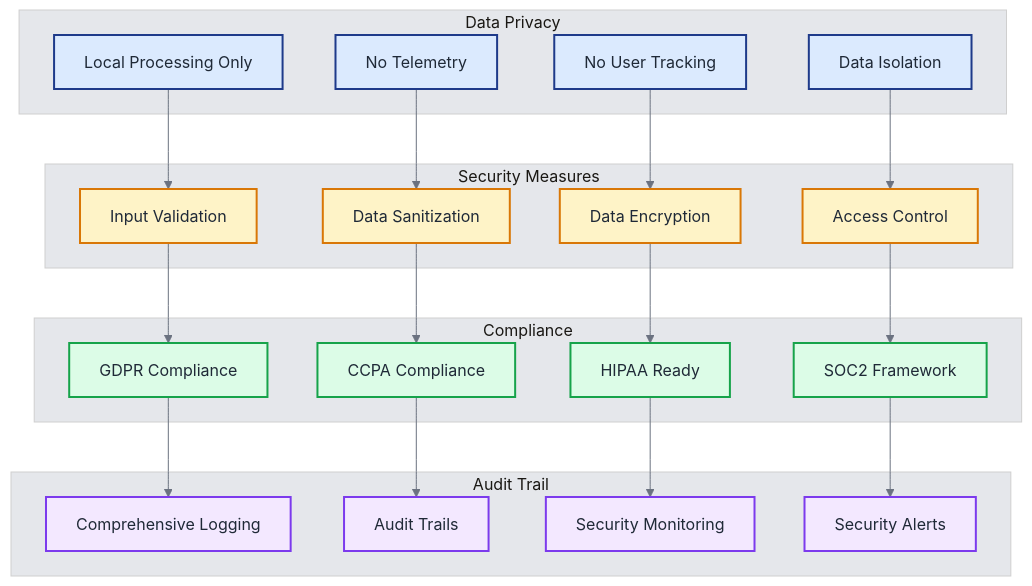
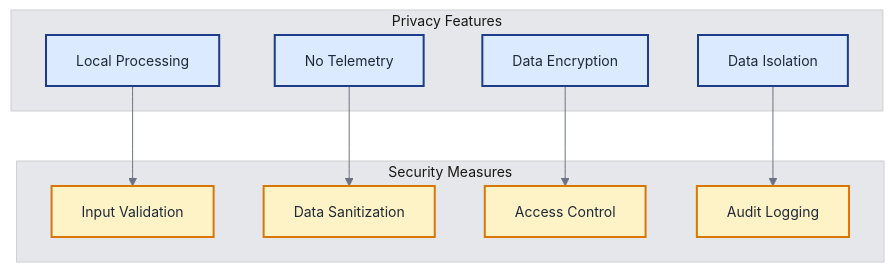
One commit to khaosans/basic-chat changed the sixth of 7 diagrams in docs/FEATURES.md. Above: the diagram before and after it, drawn with Mermaid. The commit also changed other lines of this file and 3 other files, not shown here.

Commit message:
docs: Revise technical overview and update architecture diagrams - Simplify terminology and improve clarity in diagrams - Adjust font sizes and class definitions for better readability

````diff
--- a/docs/FEATURES.md
+++ b/docs/FEATURES.md
@@ -692,56 +421,28 @@
 ```mermaid
-%%{init: {'theme': 'base', 'themeVariables': { 'fontSize': '16px', 'fontFamily': 'Arial, sans-serif', 'primaryColor': '#1e3a8a', 'primaryTextColor': '#1f2937', 'primaryBorderColor': '#374151', 'lineColor': '#6b7280', 'secondaryColor': '#f3f4f6', 'tertiaryColor': '#e5e7eb', 'edgeLabelBackground': '#f9fafb'}}}%%
+%%{init: {'theme': 'base', 'themeVariables': { 'fontSize': '14px', 'fontFamily': 'Arial, sans-serif', 'primaryColor': '#1e3a8a', 'primaryTextColor': '#1f2937', 'primaryBorderColor': '#374151', 'lineColor': '#6b7280', 'secondaryColor': '#f3f4f6', 'tertiaryColor': '#e5e7eb'}}}%%
 graph TB
-    subgraph "Data Privacy"
-        LOCAL_PROCESSING[Local Processing Only]
+    subgraph "Privacy Features"
+        LOCAL[Local Processing]
         NO_TELEMETRY[No Telemetry]
-        NO_TRACKING[No User Tracking]
-        DATA_ISOLATION[Data Isolation]
+        ENCRYPTION[Data Encryption]
+        ISOLATION[Data Isolation]
     end
     
     subgraph "Security Measures"
-        INPUT_VALIDATION[Input Validation]
+        VALIDATION[Input Validation]
         SANITIZATION[Data Sanitization]
-        ENCRYPTION[Data Encryption]
-        ACCESS_CONTROL[Access Control]
+        ACCESS[Access Control]
+        AUDIT[Audit Logging]
     end
     
-    subgraph "Compliance"
-        GDPR[GDPR Compliance]
-        CCPA[CCPA Compliance]
-        HIPAA[HIPAA Ready]
-        SOC2[SOC2 Framework]
-    end
-    
-    subgraph "Audit Trail"
-        LOGGING[Comprehensive Logging]
-        AUDIT[Audit Trails]
-        MONITORING[Security Monitoring]
-        ALERTING[Security Alerts]
-    end
-    
-    LOCAL_PROCESSING --> INPUT_VALIDATION
+    LOCAL --> VALIDATION
     NO_TELEMETRY --> SANITIZATION
-    NO_TRACKING --> ENCRYPTION
-    DATA_ISOLATION --> ACCESS_CONTROL
-    
-    INPUT_VALIDATION --> GDPR
-    SANITIZATION --> CCPA
-    ENCRYPTION --> HIPAA
-    ACCESS_CONTROL --> SOC2
-    
-    GDPR --> LOGGING
-    CCPA --> AUDIT
-    HIPAA --> MONITORING
-    SOC2 --> ALERTING
+    ENCRYPTION --> ACCESS
+    ISOLATION --> AUDIT
     
     classDef privacy fill:#dbeafe,stroke:#1e3a8a,stroke-width:2px,color:#1f2937
     classDef security fill:#fef3c7,stroke:#d97706,stroke-width:2px,color:#1f2937
-    classDef compliance fill:#dcfce7,stroke:#16a34a,stroke-width:2px,color:#1f2937
-    classDef audit fill:#f3e8ff,stroke:#7c3aed,stroke-width:2px,color:#1f2937
     
-    class LOCAL_PROCESSING,NO_TELEMETRY,NO_TRACKING,DATA_ISOLATION privacy
-    class INPUT_VALIDATION,SANITIZATION,ENCRYPTION,ACCESS_CONTROL security
-    class GDPR,CCPA,HIPAA,SOC2 compliance
-    class LOGGING,AUDIT,MONITORING,ALERTING audit
+    class LOCAL,NO_TELEMETRY,ENCRYPTION,ISOLATION privacy
+    class VALIDATION,SANITIZATION,ACCESS,AUDIT security
 ```
````
